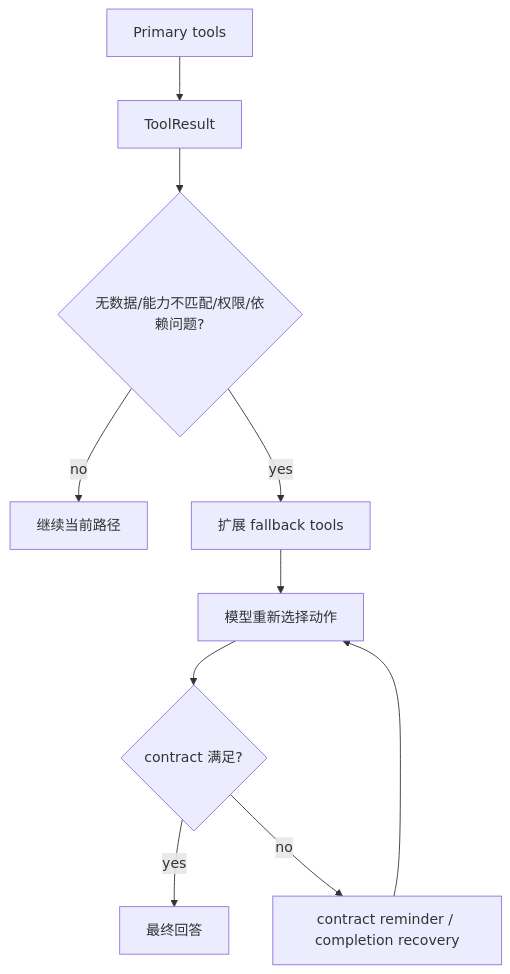
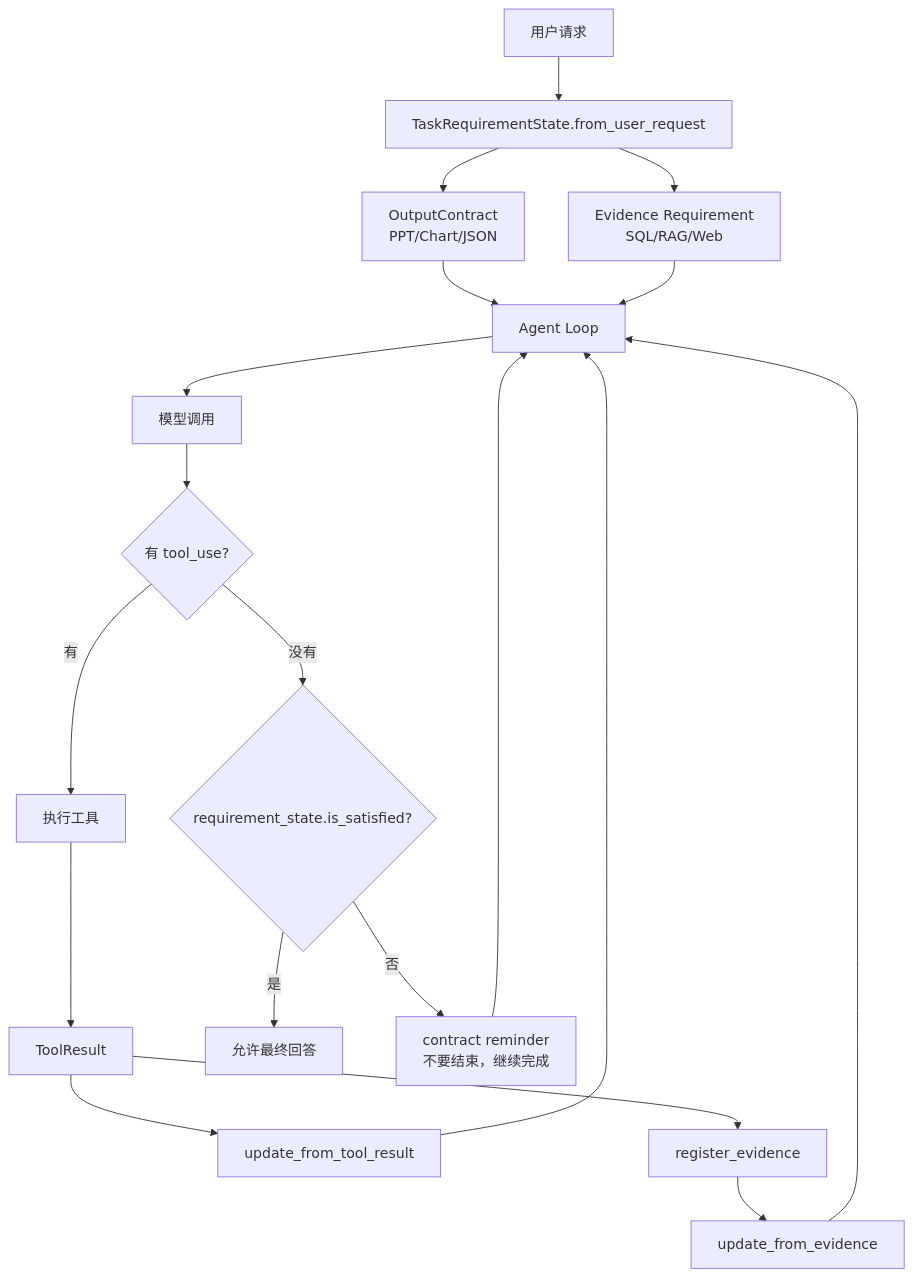
One commit to yaohedelishashuiwujiao-ctrl/CarAgent-python changed the diagram in docs/agentic-rag-interview-course/17-错误恢复和Fallback.md. Above: the diagram before and after it, drawn with Mermaid. The commit also changed other lines of this file and 1 other file, not shown here.

Commit message:
Deepen contract and cost control interview docs

````diff
--- a/docs/agentic-rag-interview-course/17-错误恢复和Fallback.md
+++ b/docs/agentic-rag-interview-course/17-错误恢复和Fallback.md
@@ -9,12 +108,24 @@
 ```mermaid
 flowchart TD
-    PRIMARY[Primary tools] --> RESULT[ToolResult]
-    RESULT --> BAD{无数据/能力不匹配/权限/依赖问题?}
-    BAD -- no --> CONTINUE[继续当前路径]
-    BAD -- yes --> FALLBACK[扩展 fallback tools]
-    FALLBACK --> LLM[模型重新选择动作]
-    LLM --> CONTRACT{contract 满足?}
-    CONTRACT -- yes --> FINAL[最终回答]
-    CONTRACT -- no --> REMIND[contract reminder / completion recovery]
-    REMIND --> LLM
+    U[用户请求] --> C[TaskRequirementState.from_user_request]
+    C --> OC[OutputContract<br/>PPT/Chart/JSON]
+    C --> ER[Evidence Requirement<br/>SQL/RAG/Web]
+    OC --> LOOP[Agent Loop]
+    ER --> LOOP
+
+    LOOP --> LLM[模型调用]
+    LLM --> D{有 tool_use?}
+
+    D -- 有 --> TOOL[执行工具]
+    TOOL --> TR[ToolResult]
+    TR --> UP1[update_from_tool_result]
+    TR --> EV[register_evidence]
+    EV --> UP2[update_from_evidence]
+    UP1 --> LOOP
+    UP2 --> LOOP
+
+    D -- 没有 --> SAT{requirement_state.is_satisfied?}
+    SAT -- 是 --> FINAL[允许最终回答]
+    SAT -- 否 --> REMIND[contract reminder<br/>不要结束，继续完成]
+    REMIND --> LOOP
 ```
````
